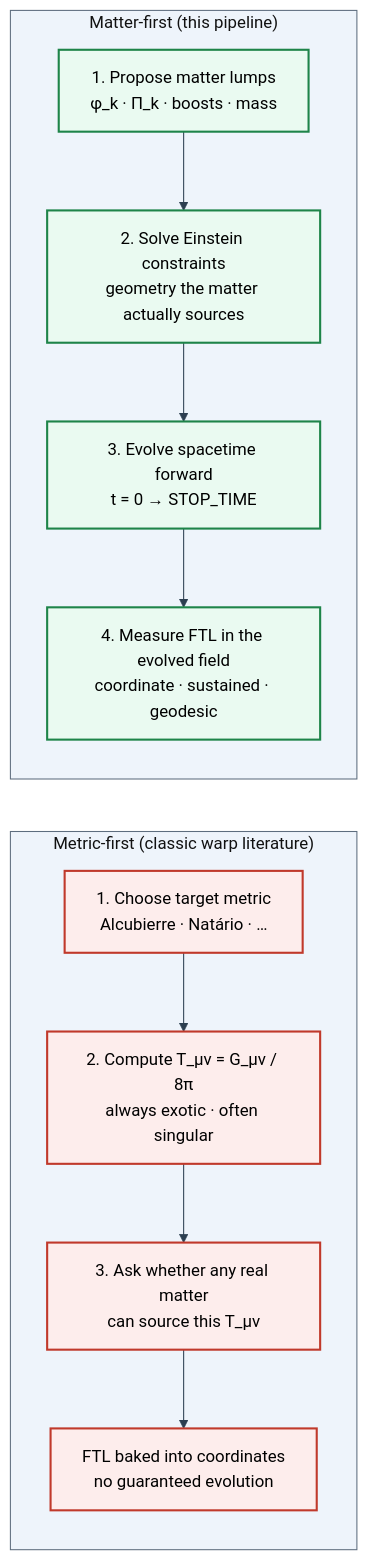
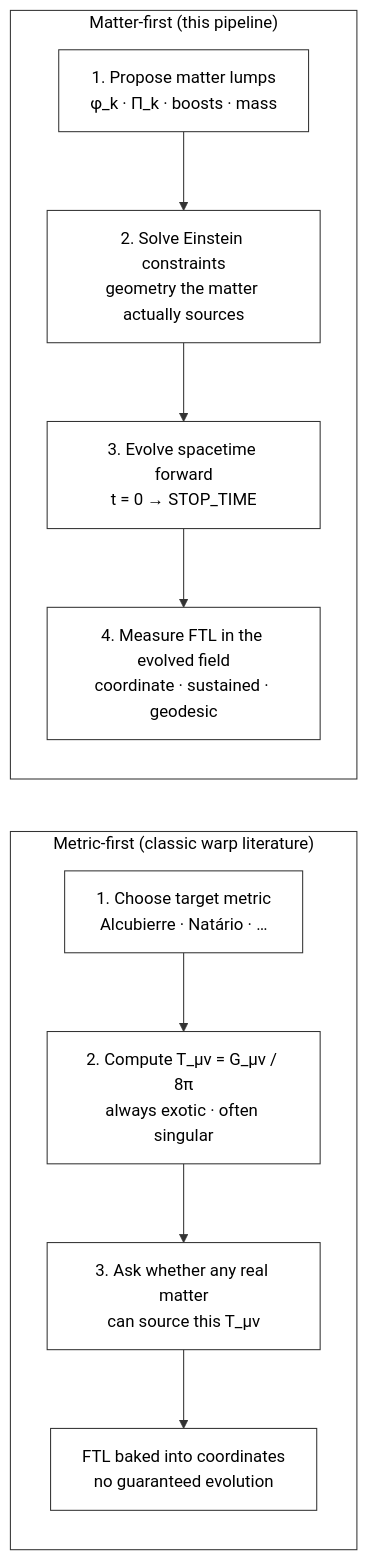
One commit to Nikchik-coder/GRTeclyn changed the second of 2 diagrams in research/neuralspacetime/MapElites.md. Above: the diagram before and after it, drawn with Mermaid. The commit also changed other lines of this file, not shown here.

First line of the commit message:
docs(MapElites): simplify diagrams to white boxes and dark arrows

````diff
--- a/research/neuralspacetime/MapElites.md
+++ b/research/neuralspacetime/MapElites.md
@@ -111,26 +101,21 @@
 ```mermaid
-%%{init: {'theme':'base', 'themeVariables': {'darkMode':false,'background':'#ffffff','mainBkg':'#ffffff','secondBkg':'#f8f9fa','tertiaryBkg':'#ffffff','clusterBkg':'#eef4fb','clusterBorder':'#5d6d7e','lineColor':'#2c3e50','arrowheadColor':'#2c3e50','primaryTextColor':'#111111','secondaryTextColor':'#111111','tertiaryTextColor':'#111111','primaryColor':'#e8f4fc','primaryBorderColor':'#2980b9','secondaryColor':'#eafaf1','secondaryBorderColor':'#27ae60','tertiaryColor':'#fef9e7','tertiaryBorderColor':'#d68910','edgeLabelBackground':'#ffffff','edgeLabelTextColor':'#111111','titleColor':'#111111','nodeBorder':'#5d6d7e'}}}%%
+%%{init: {'theme':'base', 'themeVariables': {'darkMode':false,'background':'#ffffff','mainBkg':'#ffffff','clusterBkg':'#ffffff','clusterBorder':'#333333','lineColor':'#333333','arrowheadColor':'#333333','primaryColor':'#ffffff','primaryBorderColor':'#333333','secondaryColor':'#ffffff','secondaryBorderColor':'#333333','tertiaryColor':'#ffffff','tertiaryBorderColor':'#333333','primaryTextColor':'#000000','secondaryTextColor':'#000000','tertiaryTextColor':'#000000','edgeLabelBackground':'#ffffff','edgeLabelTextColor':'#000000','titleColor':'#000000'}}}%%
 flowchart LR
     subgraph CLASSIC["Metric-first (classic warp literature)"]
         direction TB
         C1["1. Choose target metric<br/>Alcubierre · Natário · …"]
         C2["2. Compute T_μν = G_μν / 8π<br/>always exotic · often singular"]
         C3["3. Ask whether any real matter<br/>can source this T_μν"]
         C4["FTL baked into coordinates<br/>no guaranteed evolution"]
         C1 --> C2 --> C3 --> C4
     end
 
     subgraph OURS["Matter-first (this pipeline)"]
         direction TB
         M1["1. Propose matter lumps<br/>φ_k · Π_k · boosts · mass"]
         M2["2. Solve Einstein constraints<br/>geometry the matter actually sources"]
         M3["3. Evolve spacetime forward<br/>t = 0 → STOP_TIME"]
         M4["4. Measure FTL in the evolved field<br/>coordinate · sustained · geodesic"]
         M1 --> M2 --> M3 --> M4
     end
-
-    classDef classic fill:#fdedec,stroke:#c0392b,stroke-width:2px,color:#000
-    classDef ours fill:#eafaf1,stroke:#1e8449,stroke-width:2px,color:#000
-    class C1,C2,C3,C4 classic
-    class M1,M2,M3,M4 ours
 ```
````
